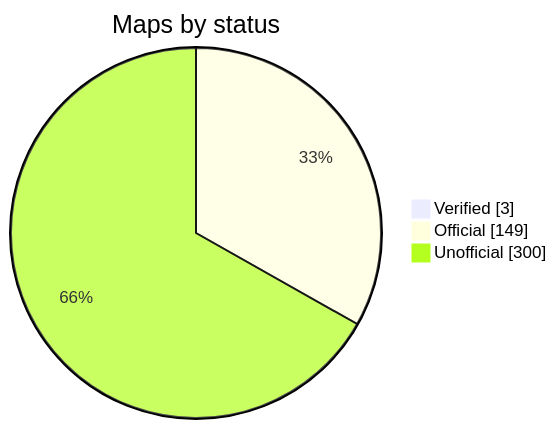
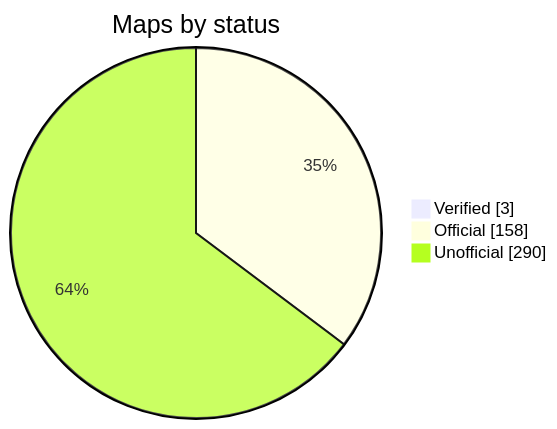
The diagram in README.md (nobrega8/mbmap-library), drawn with Mermaid before and after one commit. The commit also changed 1 other file, not shown here.

Commit message:
Rebuild the index

````diff
--- a/README.md
+++ b/README.md
@@ -48,7 +48,7 @@
 ```mermaid
 pie showData
     title Maps by status
     "Verified" : 3
-    "Official" : 149
-    "Unofficial" : 300
+    "Official" : 158
+    "Unofficial" : 290
 ```
````
